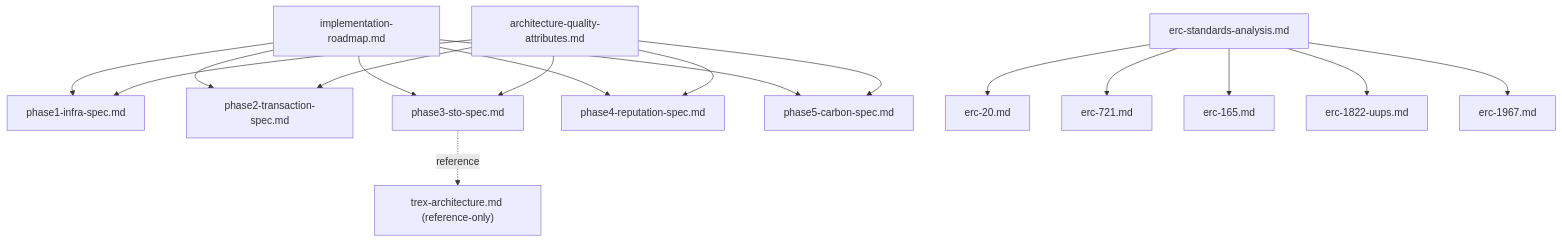
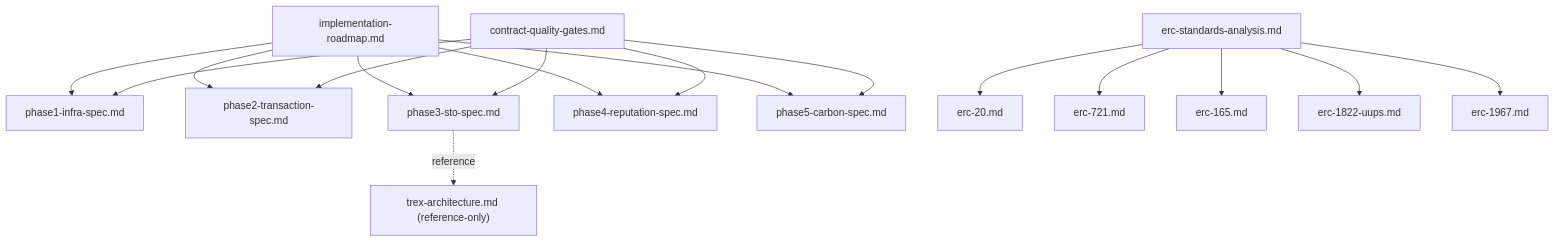
The diagram in contracts/docs/README.md (bbororo5/EnergyFi), drawn with Mermaid before and after one commit. The commit also changed other lines of this file and 2 other files, not shown here.

Commit message:
docs: rename contract quality gates guide

````diff
--- a/contracts/docs/README.md
+++ b/contracts/docs/README.md
@@ -40,40 +40,40 @@
 ```mermaid
 graph TD
     R["implementation-roadmap.md"]
-    Q["architecture-quality-attributes.md"]
+    Q["contract-quality-gates.md"]
     S["erc-standards-analysis.md"]
 
     P1["phase1-infra-spec.md"]
     P2["phase2-transaction-spec.md"]
     P3["phase3-sto-spec.md"]
     P4["phase4-reputation-spec.md"]
     P5["phase5-carbon-spec.md"]
 
     E20["erc-20.md"]
     E721["erc-721.md"]
     E165["erc-165.md"]
     E1822["erc-1822-uups.md"]
     E1967["erc-1967.md"]
 
     T["trex-architecture.md (reference-only)"]
 
     R --> P1
     R --> P2
     R --> P3
     R --> P4
     R --> P5
 
     Q --> P1
     Q --> P2
     Q --> P3
     Q --> P4
     Q --> P5
 
     S --> E20
     S --> E721
     S --> E165
     S --> E1822
     S --> E1967
 
     P3 -. reference .-> T
 ```
````
